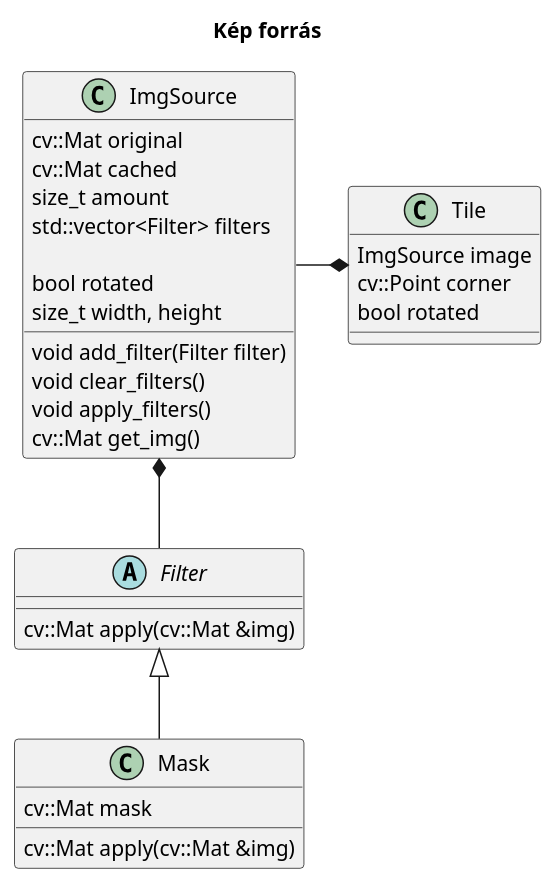
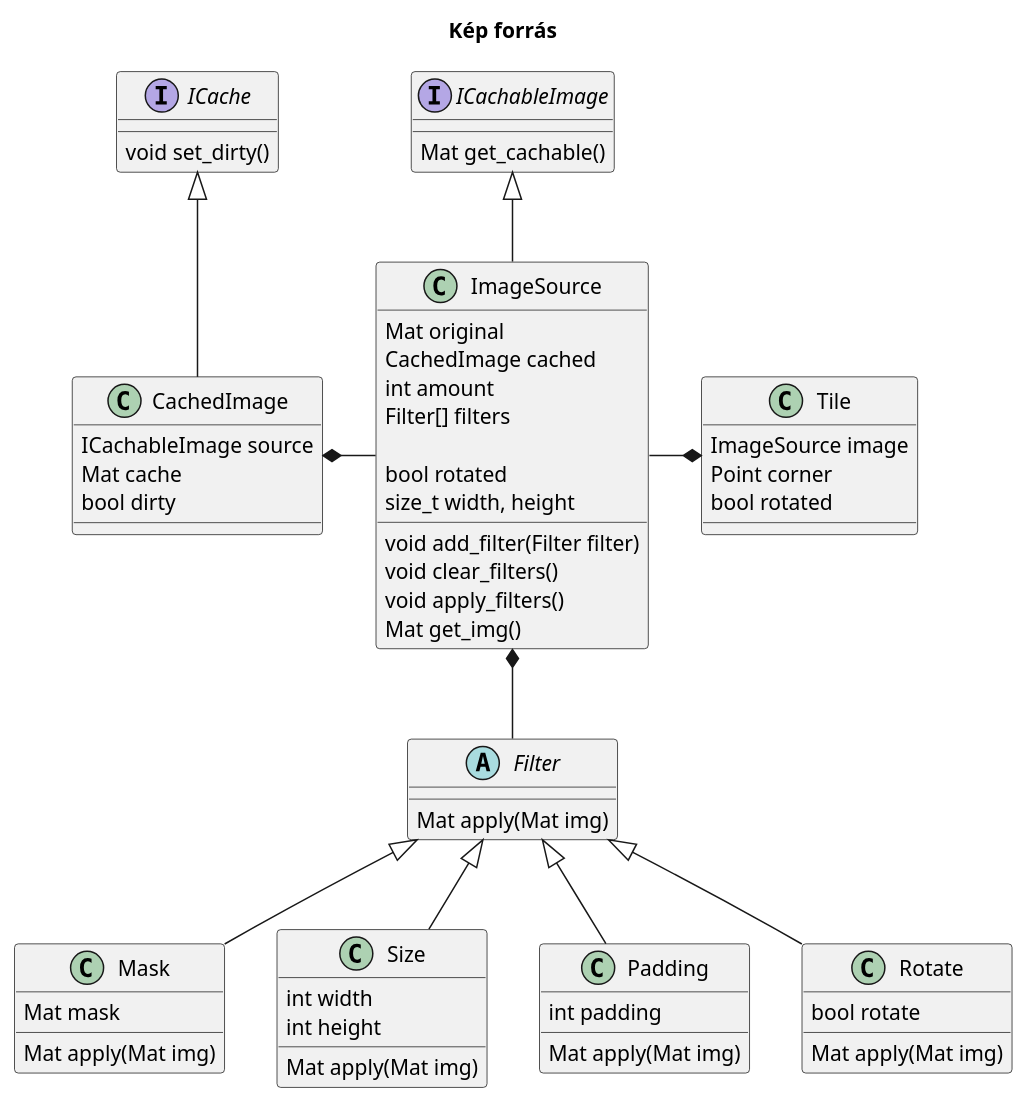
One commit to Gilgames32/printf changed the diagram in uml/img_source.puml. Above: the diagram before and after it, drawn with PlantUML. The commit also changed 3 other files, not shown here.

```diff
--- a/uml/img_source.puml
+++ b/uml/img_source.puml
@@ -1,42 +1,77 @@
 @startuml img_source
 
 title Kép forrás
 
-class ImgSource {
-    cv::Mat original
-    cv::Mat cached
-    size_t amount
-    std::vector<Filter> filters
+class ImageSource {
+    Mat original
+    CachedImage cached
+    int amount
+    Filter[] filters
     
     bool rotated
     size_t width, height
     
     void add_filter(Filter filter)
     void clear_filters()
     void apply_filters()
-    cv::Mat get_img()
+    Mat get_img()
 }
 
 abstract Filter {
-    cv::Mat apply(cv::Mat &img)
+    Mat apply(Mat img)
 }
-ImgSource *-- Filter
+ImageSource *-- Filter
 
 
 class Mask {
-    cv::Mat mask
-    cv::Mat apply(cv::Mat &img)
+    Mat mask
+    Mat apply(Mat img)
 }
 Filter <|-- Mask
 
+class Size {
+    int width
+    int height
+    Mat apply(Mat img)
+}
+Filter <|-- Size
+
+class Padding {
+    int padding
+    Mat apply(Mat img)
+}
+Filter <|-- Padding
+
+class Rotate {
+    bool rotate
+    Mat apply(Mat img)
+}
+Filter <|-- Rotate
 
 class Tile {
-    ImgSource image
-    cv::Point corner
+    ImageSource image
+    Point corner
     bool rotated
 }
-ImgSource -* Tile
+ImageSource -* Tile
+
+class CachedImage {
+    ICachableImage source
+    Mat cache
+    bool dirty
+}
+CachedImage *- ImageSource
 
 
+interface ICache {
+    void set_dirty()
+}
+
+interface ICachableImage {
+    Mat get_cachable()
+}
+
+ICache <|-- CachedImage
+ICachableImage <|-- ImageSource
 
 @enduml
```
